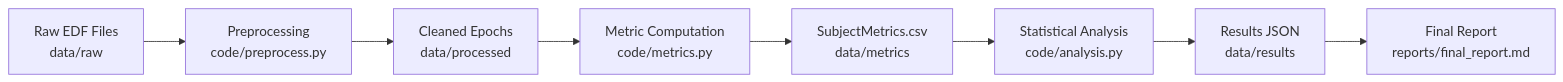
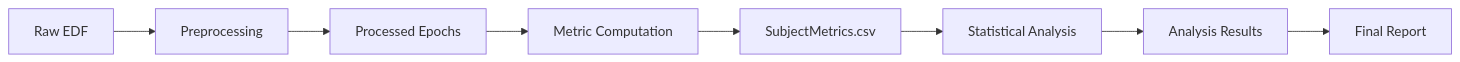
One commit to ContextLab/llmXive changed the diagram in projects/PROJ-489-investigating-the-impact-of-network-cent/docs/quickstart.md. Above: the diagram before and after it, drawn with Mermaid. The commit also changed other lines of this file and 24 other files, not shown here.

````diff
--- a/projects/PROJ-489-investigating-the-impact-of-network-cent/docs/quickstart.md
+++ b/projects/PROJ-489-investigating-the-impact-of-network-cent/docs/quickstart.md
@@ -88,10 +70,10 @@
 ```mermaid
 graph LR
- A[Raw EDF Files<br/>data/raw] --> B[Preprocessing<br/>code/preprocess.py]
- B --> C[Cleaned Epochs<br/>data/processed]
- C --> D[Metric Computation<br/>code/metrics.py]
- D --> E[SubjectMetrics.csv<br/>data/metrics]
- E --> F[Statistical Analysis<br/>code/analysis.py]
- F --> G[Results JSON<br/>data/results]
- G --> H[Final Report<br/>reports/final_report.md]
+A[Raw EDF] --> B[Preprocessing]
+B --> C[Processed Epochs]
+C --> D[Metric Computation]
+D --> E[SubjectMetrics.csv]
+E --> F[Statistical Analysis]
+F --> G[Analysis Results]
+G --> H[Final Report]
 ```
````
